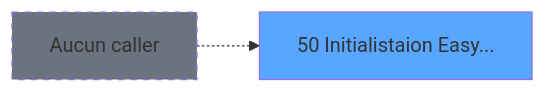
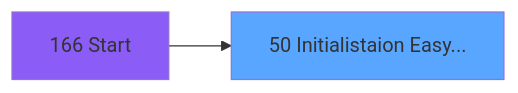
Before and after one commit to thonyAGP/lecteur-magic: the second of 3 diagrams in .openspec/specs/ADH-IDE-50.md, drawn with Mermaid. The commit also changed other lines of this file and 493 other files, not shown here.

````diff
--- a/.openspec/specs/ADH-IDE-50.md
+++ b/.openspec/specs/ADH-IDE-50.md
@@ -135,8 +136,8 @@
 ```mermaid
 graph LR
     T50[50 Initialistaion Easy...]
     style T50 fill:#58a6ff
-    NONE[Aucun caller]
-    NONE -.-> T50
-    style NONE fill:#6b7280,stroke-dasharray: 5 5
+    CC166[166 Start]
+    style CC166 fill:#8b5cf6
+    CC166 --> T50
 ```
````
